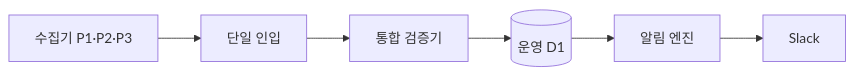
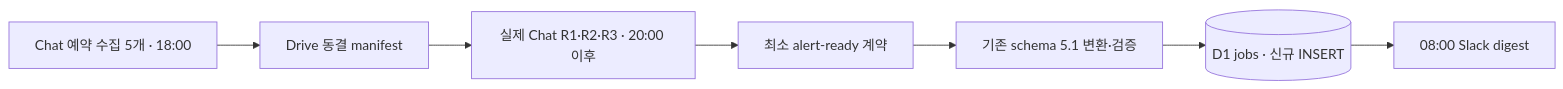
The diagram in docs/architecture/jobs-notification-pipeline.md (edder773/careerground), drawn with Mermaid before and after one commit. The commit also changed other lines of this file and 16 other files, not shown here.

Commit message:
feat: add reviewed alert-ready pipeline for Slack digest

````diff
--- a/docs/architecture/jobs-notification-pipeline.md
+++ b/docs/architecture/jobs-notification-pipeline.md
@@ -6,8 +3,9 @@
 ```mermaid
 flowchart LR
-  C[수집기 P1·P2·P3] --> I[단일 인입]
-  I --> V[통합 검증기]
-  V --> D[(운영 D1)]
-  D --> N[알림 엔진]
-  N --> S[Slack]
+  C[Chat 예약 수집 5개 · 18:00] --> M[Drive 동결 manifest]
+  M --> R[실제 Chat R1·R2·R3 · 20:00 이후]
+  R --> A[최소 alert-ready 계약]
+  A --> V[기존 schema 5.1 변환·검증]
+  V --> D[(D1 jobs · 신규 INSERT)]
+  D --> N[08:00 Slack digest]
 ```
````
